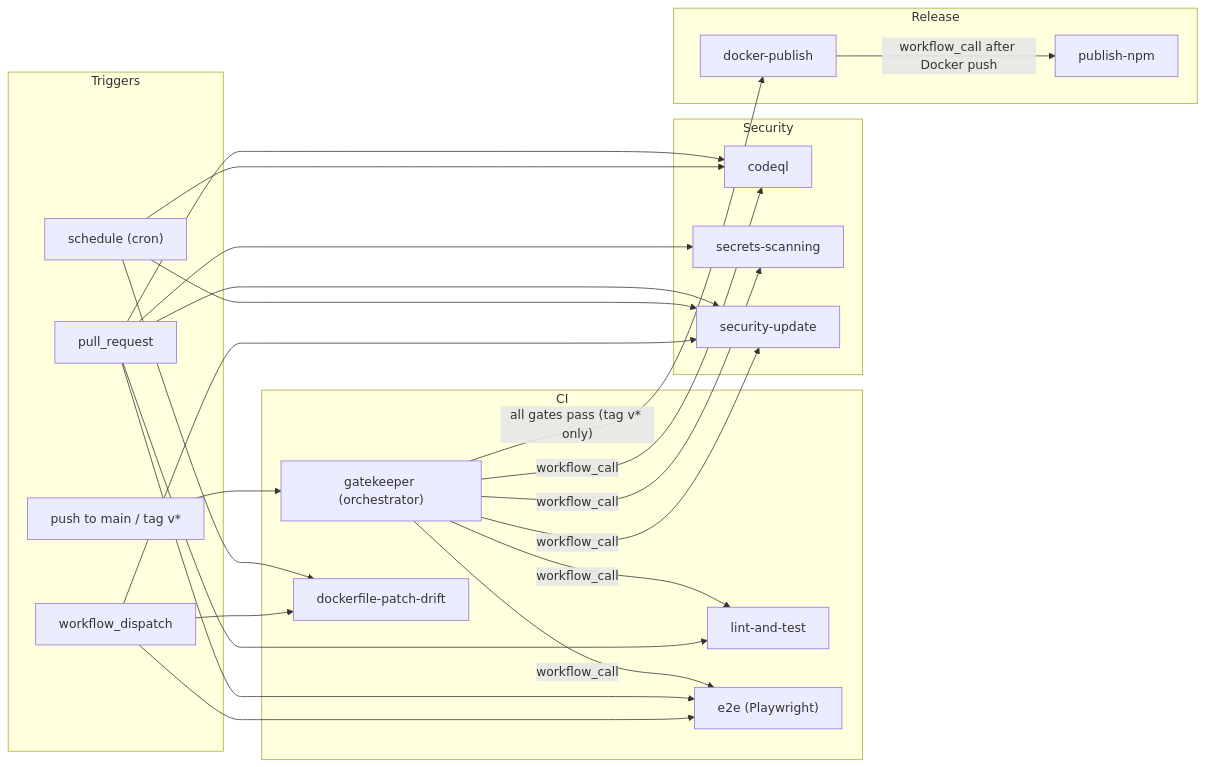
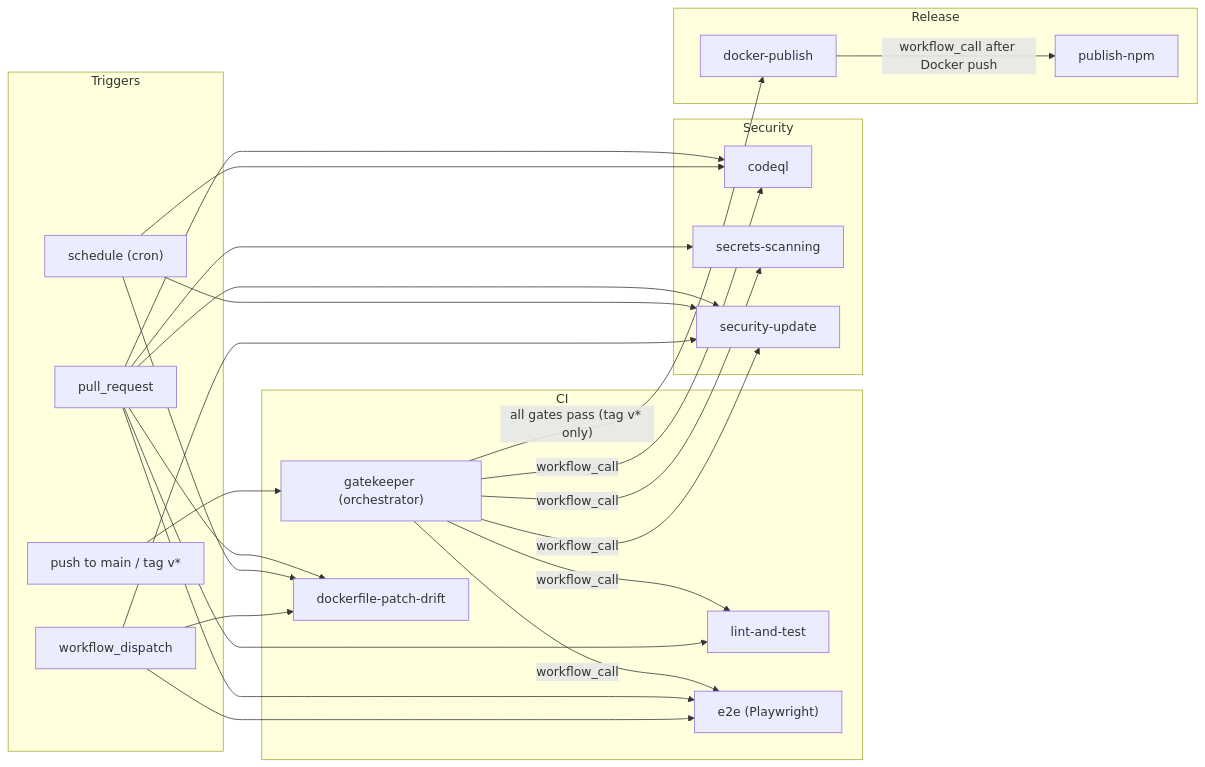
The diagram in .github/workflows/README.md (neverinfamous/memory-journal-mcp), drawn with Mermaid before and after one commit. The commit also changed other lines of this file and 12 other files, not shown here.

````diff
--- a/.github/workflows/README.md
+++ b/.github/workflows/README.md
@@ -7,50 +7,51 @@
 ```mermaid
 flowchart LR
     subgraph Triggers["Triggers"]
         Push["push to main / tag v*"]
         PR["pull_request"]
         Sched["schedule (cron)"]
         Manual["workflow_dispatch"]
     end
 
     subgraph CI["CI"]
         GK["gatekeeper (orchestrator)"]
         LT["lint-and-test"]
         E2E["e2e (Playwright)"]
         DPD["dockerfile-patch-drift"]
     end
 
     subgraph Security["Security"]
         CQL["codeql"]
         SS["secrets-scanning"]
         SU["security-update"]
     end
 
     subgraph Release["Release"]
         DP["docker-publish"]
         NPM["publish-npm"]
     end
 
     Push --> GK
     GK -->|workflow_call| LT
     GK -->|workflow_call| CQL
     GK -->|workflow_call| SS
     GK -->|workflow_call| SU
     GK -->|workflow_call| E2E
     GK -->|"all gates pass (tag v* only)"| DP
     DP -->|workflow_call after Docker push| NPM
 
     PR --> LT
     PR --> E2E
+    PR --> DPD
     PR --> CQL
     PR --> SS
     PR --> SU
 
     Sched --> CQL
     Sched --> SU
     Sched --> DPD
 
     Manual --> E2E
     Manual --> SU
     Manual --> DPD
 ```
````
